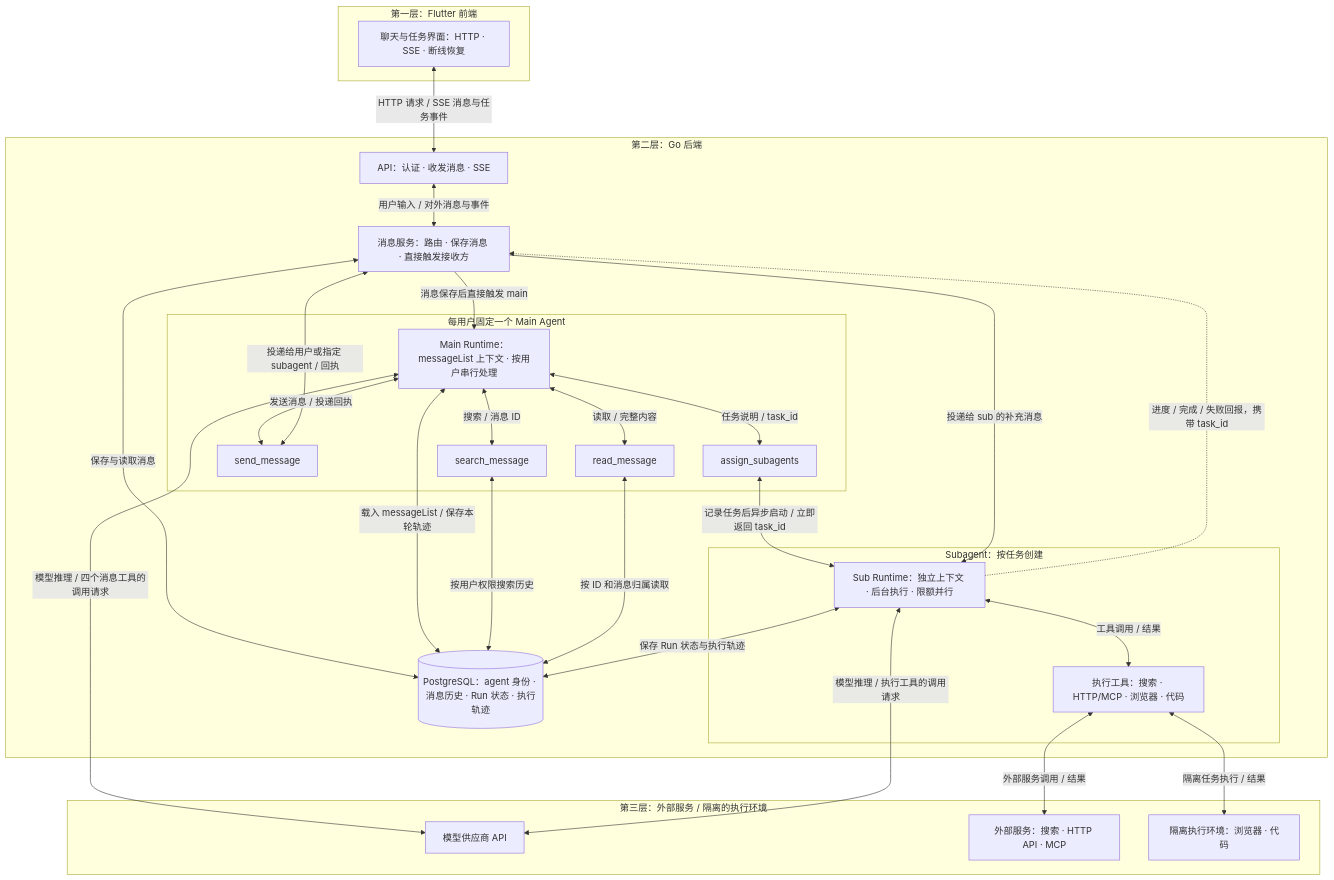
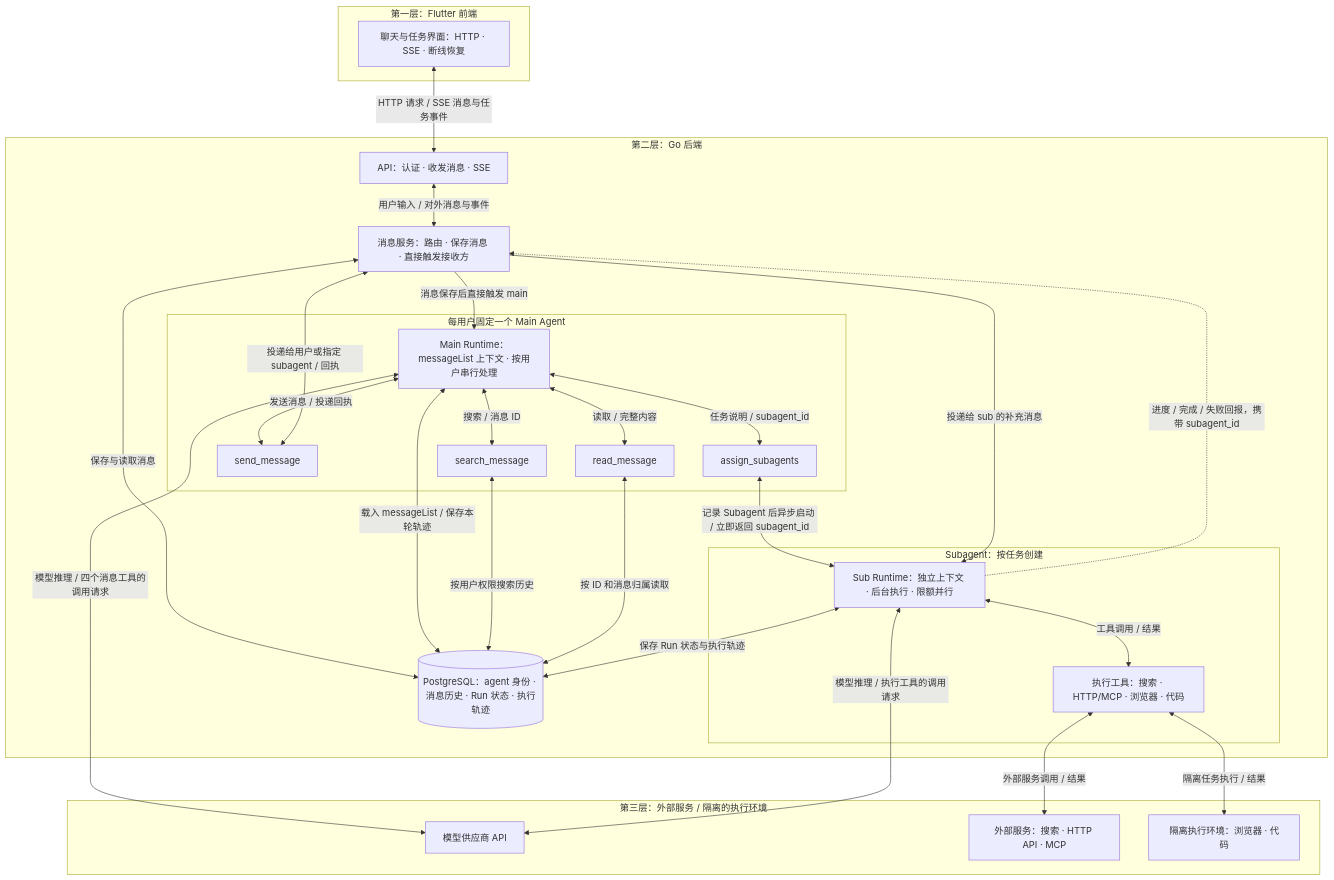
Before and after one commit to OmniNetOpensource/aether-personal: the diagram in docs/architecture.mmd, drawn with Mermaid. The commit also changed 2 other files, not shown here.

Commit message:
docs: rename task_id to subagent_id

```diff
--- a/docs/architecture.mmd
+++ b/docs/architecture.mmd
@@ -1,56 +1,56 @@
 flowchart TD
     subgraph L1["第一层：Flutter 前端"]
         FLUTTER["聊天与任务界面：HTTP · SSE · 断线恢复"]
     end
 
     subgraph L2["第二层：Go 后端"]
         API["API：认证 · 收发消息 · SSE"]
         MESSAGES["消息服务：路由 · 保存消息 · 直接触发接收方"]
         DB[("PostgreSQL：agent 身份 · 消息历史 · Run 状态 · 执行轨迹")]
 
         subgraph MAINBOX["每用户固定一个 Main Agent"]
             MAIN["Main Runtime：messageList 上下文 · 按用户串行处理"]
             ASSIGN["assign_subagents"]
             SEND["send_message"]
             SEARCH["search_message"]
             READ["read_message"]
 
-            MAIN <-->|"任务说明 / task_id"| ASSIGN
+            MAIN <-->|"任务说明 / subagent_id"| ASSIGN
             MAIN <-->|"发送消息 / 投递回执"| SEND
             MAIN <-->|"搜索 / 消息 ID"| SEARCH
             MAIN <-->|"读取 / 完整内容"| READ
         end
 
         subgraph SUBBOX["Subagent：按任务创建"]
             SUB["Sub Runtime：独立上下文 · 后台执行 · 限额并行"]
             TOOLS["执行工具：搜索 · HTTP/MCP · 浏览器 · 代码"]
 
             SUB <-->|"工具调用 / 结果"| TOOLS
         end
 
         API <-->|"用户输入 / 对外消息与事件"| MESSAGES
         MESSAGES <-->|"保存与读取消息"| DB
         MESSAGES -->|"消息保存后直接触发 main"| MAIN
         MAIN <-->|"载入 messageList / 保存本轮轨迹"| DB
 
-        ASSIGN <-->|"记录任务后异步启动 / 立即返回 task_id"| SUB
+        ASSIGN <-->|"记录 Subagent 后异步启动 / 立即返回 subagent_id"| SUB
         SEND <-->|"投递给用户或指定 subagent / 回执"| MESSAGES
         SEARCH <-->|"按用户权限搜索历史"| DB
         READ <-->|"按 ID 和消息归属读取"| DB
 
         MESSAGES -->|"投递给 sub 的补充消息"| SUB
-        SUB -.->|"进度 / 完成 / 失败回报，携带 task_id"| MESSAGES
+        SUB -.->|"进度 / 完成 / 失败回报，携带 subagent_id"| MESSAGES
         SUB <-->|"保存 Run 状态与执行轨迹"| DB
     end
 
     subgraph L3["第三层：外部服务 / 隔离的执行环境"]
         MODEL["模型供应商 API"]
         EXTERNAL["外部服务：搜索 · HTTP API · MCP"]
         SANDBOX["隔离执行环境：浏览器 · 代码"]
     end
 
     FLUTTER <-->|"HTTP 请求 / SSE 消息与任务事件"| API
     MAIN <-->|"模型推理 / 四个消息工具的调用请求"| MODEL
     SUB <-->|"模型推理 / 执行工具的调用请求"| MODEL
     TOOLS <-->|"外部服务调用 / 结果"| EXTERNAL
     TOOLS <-->|"隔离任务执行 / 结果"| SANDBOX
```
